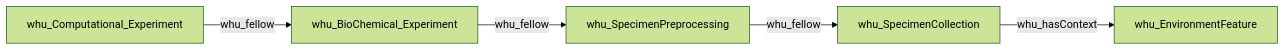
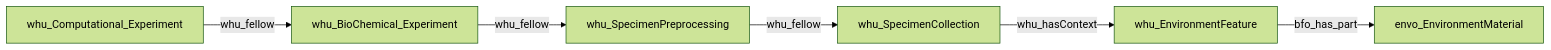
One commit to tomisagoodcat/bae_rag changed the second of 2 diagrams in kg_build_pipeline/prompts/custom_prompt.md. Above: the diagram before and after it, drawn with Mermaid (forest theme). The commit also changed other lines of this file and 49 other files, not shown here.

````diff
--- a/kg_build_pipeline/prompts/custom_prompt.md
+++ b/kg_build_pipeline/prompts/custom_prompt.md
@@ -170,12 +193,14 @@
 ```mermaid
 flowchart LR
   EF[whu_EnvironmentFeature]
+  EM[envo_EnvironmentMaterial]
   SC[whu_SpecimenCollection]
   SP[whu_SpecimenPreprocessing]
   BE[whu_BioChemical_Experiment]
   CE[whu_Computational_Experiment]
   SC -->|whu_hasContext| EF
+  EF -->|bfo_has_part| EM
   SP -->|whu_fellow| SC
   BE -->|whu_fellow| SP
   CE -->|whu_fellow| BE
 ```
````
